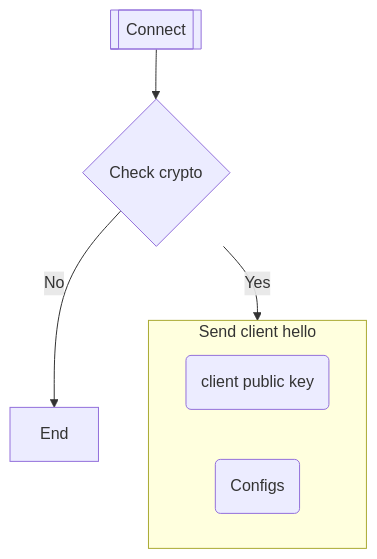
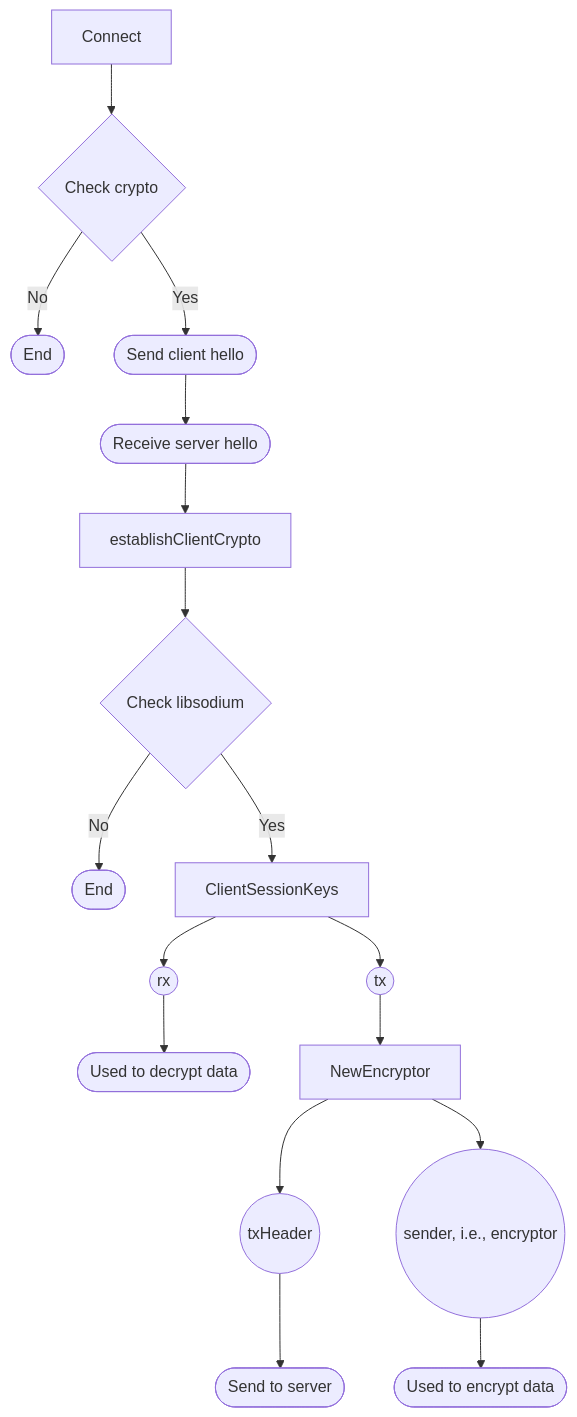
The diagram in ziti/README.md (Alonza0314/SSL-TLS-OpenZiti-Encryption-Study), drawn with Mermaid before and after one commit. The commit also changed other lines of this file and 1 other file, not shown here.

Commit message:
update via git

````diff
--- a/ziti/README.md
+++ b/ziti/README.md
@@ -9,15 +9,37 @@
 ```mermaid
     graph TD
-    A[[Connect]]
-    B{Check crypto}
-    C[End]
+        A[Connect]
+        B{Check crypto}
+        C([End])
+        D([Send client hello])
+        E([Receive server hello])
+        F[establishClientCrypto]
+        G{Check libsodium}
+        H([End])
+        I[ClientSessionKeys]
+        J((rx))
+        K((tx))
+        L([Used to decrypt data])
+        M[NewEncryptor]
+        N((txHeader))
+        O((sender, i.e., encryptor))
+        P([Send to server])
+        Q([Used to encrypt data])
 
-    subgraph D[Send client hello]
-        CA(client public key)
-        CB(Configs)
-    end
-
-    A --> B
-    B -- No --> C
-    B -- Yes --> D
+        A --> B
+        B -- No --> C
+        B -- Yes --> D
+        D --> E
+        E --> F
+        F --> G
+        G -- No --> H
+        G -- Yes --> I
+        I --> J
+        I --> K
+        J --> L
+        K --> M
+        M --> N
+        M --> O
+        N --> P
+        O --> Q
 ```
````
